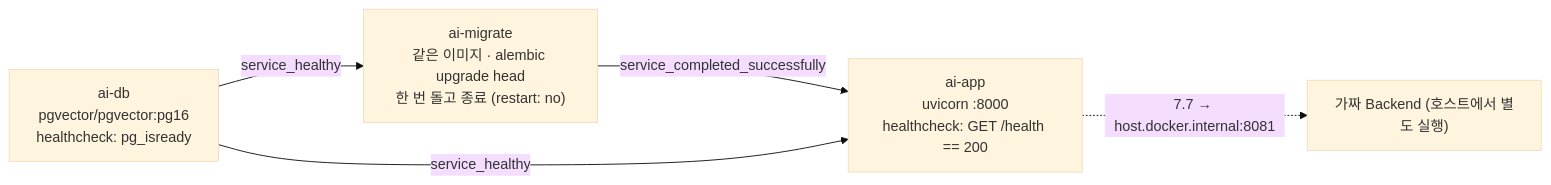
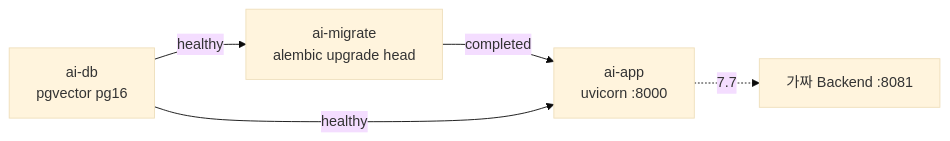
The diagram in profiling/docs/학습_가이드/09_운영과_도구.md (100-hours-a-week/KTB4-12th-AI), drawn with Mermaid (base theme) before and after one commit. The commit also changed other lines of this file and 70 other files, not shown here.

````diff
--- a/profiling/docs/학습_가이드/09_운영과_도구.md
+++ b/profiling/docs/학습_가이드/09_운영과_도구.md
@@ -55,7 +55,7 @@
 ```mermaid
 flowchart LR
-  DB["ai-db<br/>pgvector/pgvector:pg16<br/>healthcheck: pg_isready"] -->|"service_healthy"| MIG["ai-migrate<br/>같은 이미지 · alembic upgrade head<br/>한 번 돌고 종료 (restart: no)"]
-  MIG -->|"service_completed_successfully"| APP["ai-app<br/>uvicorn :8000<br/>healthcheck: GET /health == 200"]
-  DB -->|"service_healthy"| APP
-  APP -.->|"7.7 → host.docker.internal:8081"| FAKE["가짜 Backend (호스트에서 별도 실행)"]
+  DB["ai-db<br/>pgvector pg16"] -->|"healthy"| MIG["ai-migrate<br/>alembic upgrade head"]
+  MIG -->|"completed"| APP["ai-app<br/>uvicorn :8000"]
+  DB -->|"healthy"| APP
+  APP -.->|"7.7"| FAKE["가짜 Backend :8081"]
 ```
````
